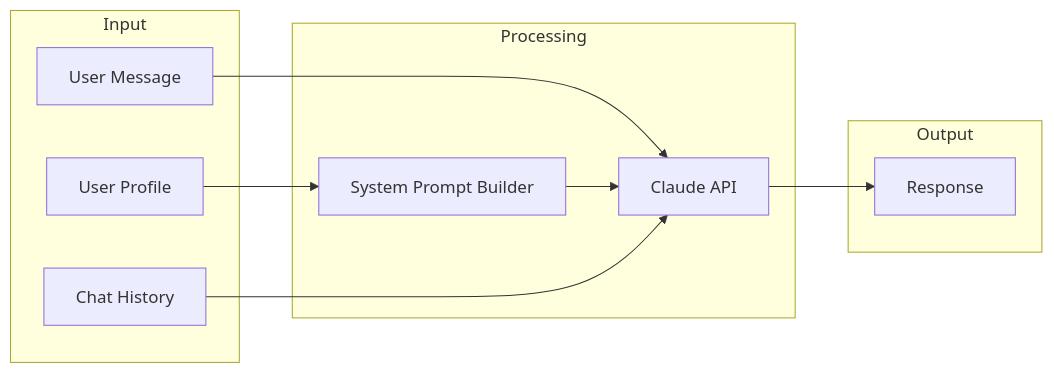
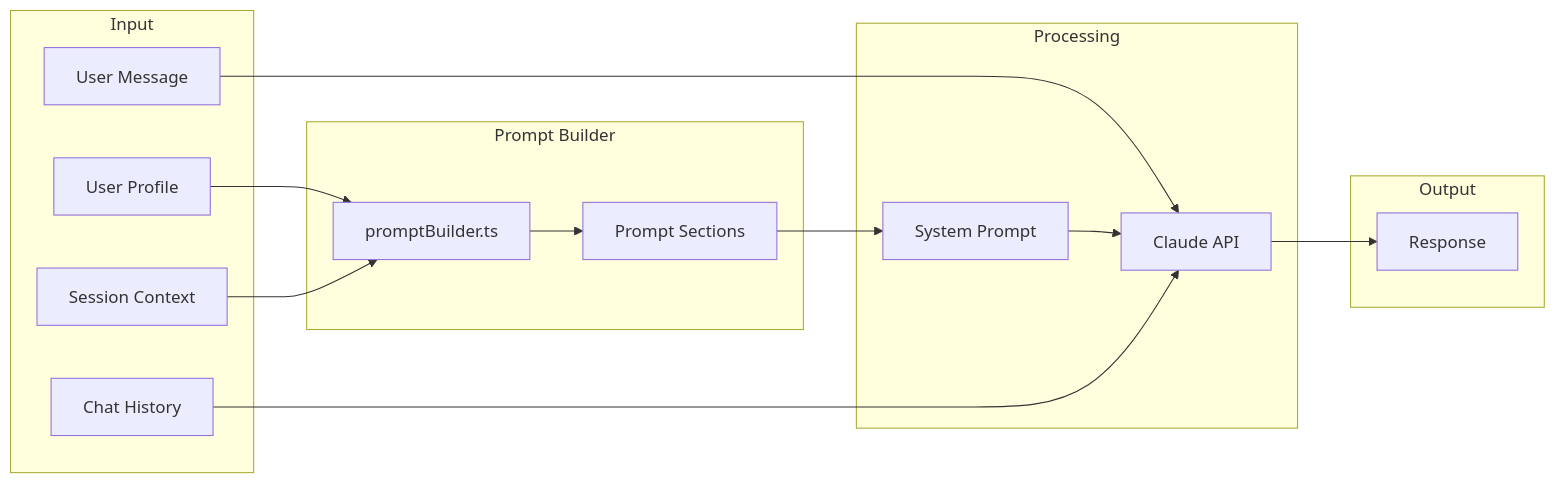
One commit to BennetMC2/yeww changed the diagram in docs/AI_SYSTEM.md. Above: the diagram before and after it, drawn with Mermaid. The commit also changed other lines of this file and 12 other files, not shown here.

First line of the commit message:
Add comprehensive modular AI system prompt architecture

````diff
--- a/docs/AI_SYSTEM.md
+++ b/docs/AI_SYSTEM.md
@@ -11,23 +13,32 @@
 ```mermaid
 flowchart LR
     subgraph Input
         UM[User Message]
         UP[User Profile]
         CH[Chat History]
+        SC[Session Context]
+    end
+
+    subgraph "Prompt Builder"
+        PB[promptBuilder.ts]
+        PS[Prompt Sections]
     end
 
     subgraph Processing
-        SP[System Prompt Builder]
+        SP[System Prompt]
         API[Claude API]
     end
 
     subgraph Output
         R[Response]
     end
 
     UM --> API
-    UP --> SP
+    UP --> PB
+    SC --> PB
+    PB --> PS
+    PS --> SP
     SP --> API
     CH --> API
     API --> R
 ```
````
